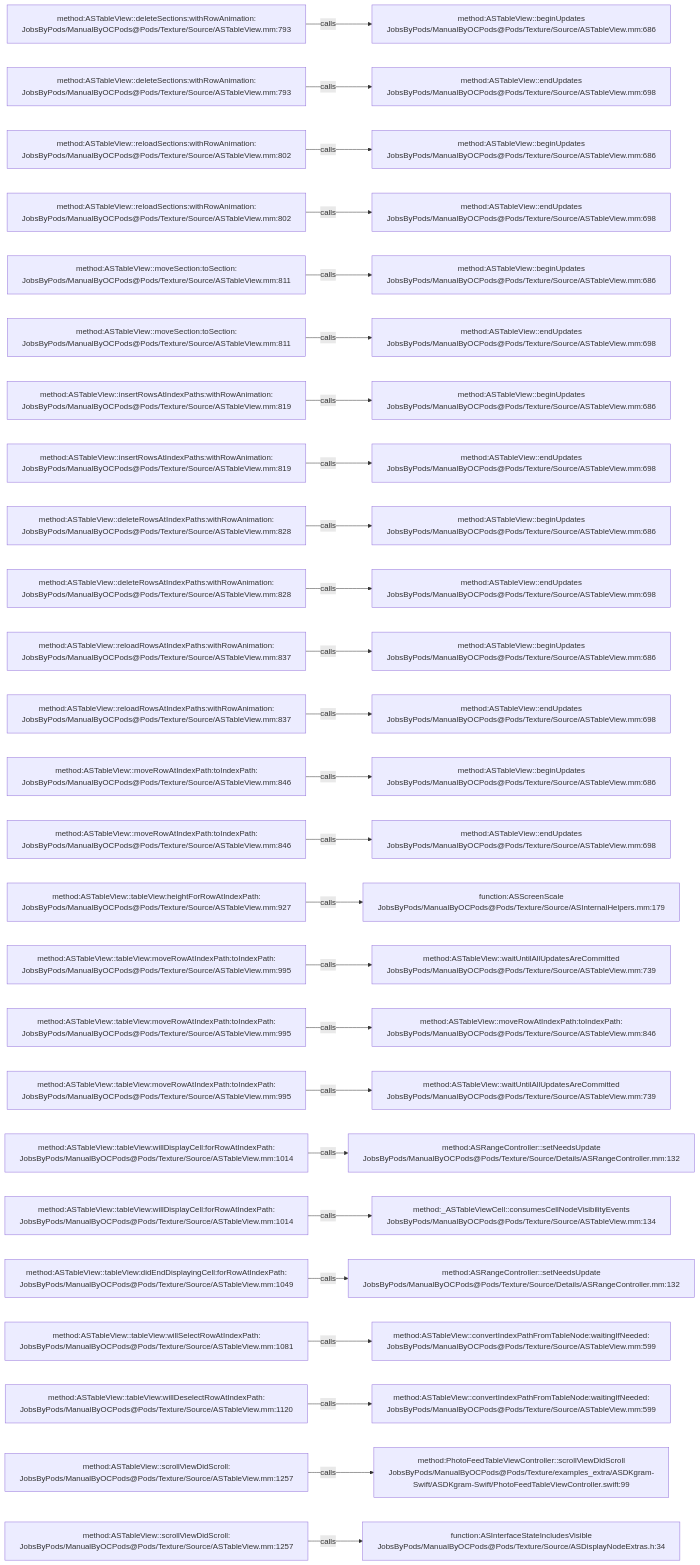
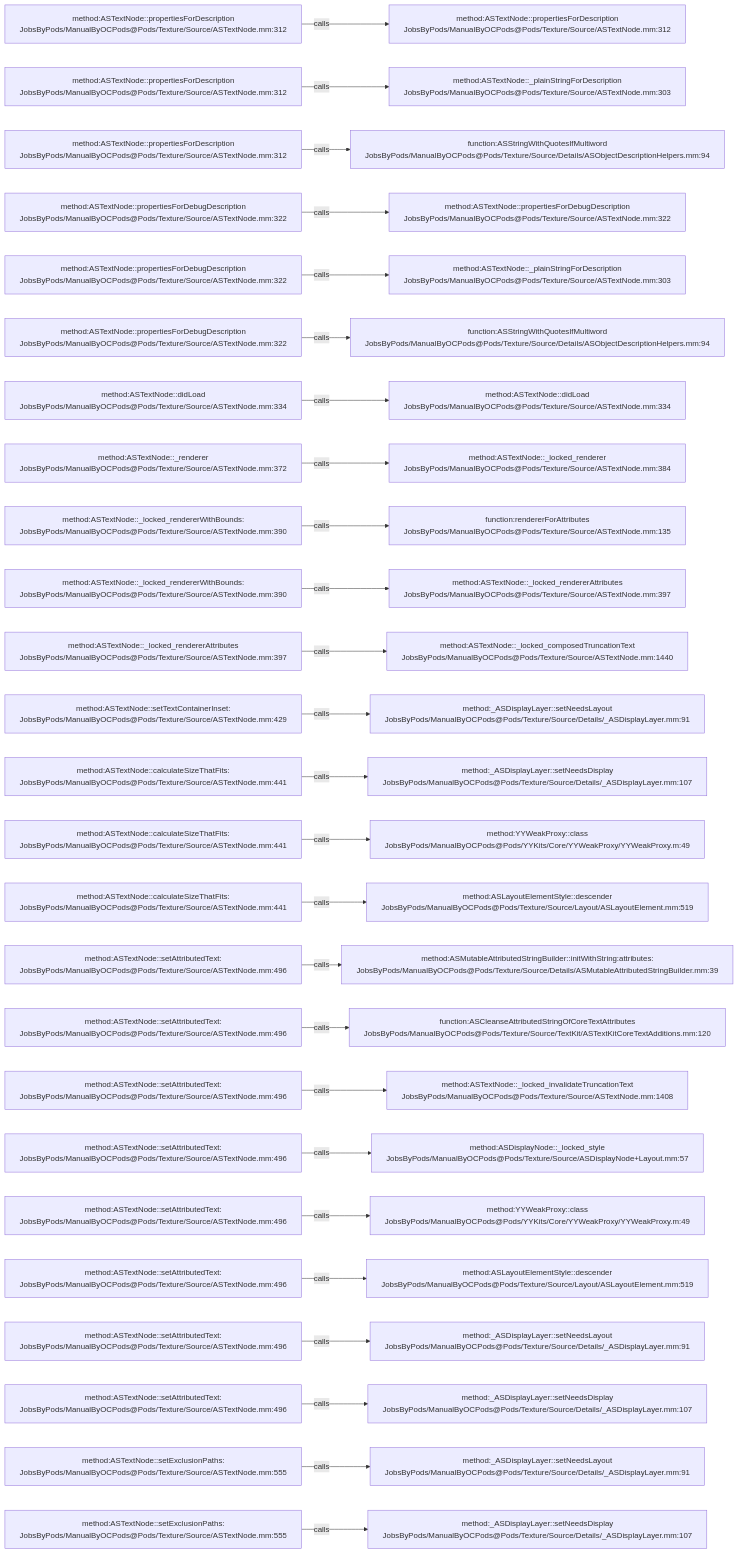
One commit to JobsKits/JobsOCBaseConfigDemo changed the diagram in .codegraph/codegraph.md/graphs/calls-136.md. Above: the diagram before and after it, drawn with Mermaid. The commit also changed 1223 other files, not shown here.

````diff
--- a/.codegraph/codegraph.md/graphs/calls-136.md
+++ b/.codegraph/codegraph.md/graphs/calls-136.md
@@ -13,78 +13,78 @@
 ```mermaid
 flowchart LR
-  S1["method:ASTableView::deleteSections:withRowAnimation:<br/>JobsByPods/ManualByOCPods@Pods/Texture/Source/ASTableView.mm:793"]
-  T1["method:ASTableView::beginUpdates<br/>JobsByPods/ManualByOCPods@Pods/Texture/Source/ASTableView.mm:686"]
+  S1["method:ASTextNode::propertiesForDescription<br/>JobsByPods/ManualByOCPods@Pods/Texture/Source/ASTextNode.mm:312"]
+  T1["method:ASTextNode::propertiesForDescription<br/>JobsByPods/ManualByOCPods@Pods/Texture/Source/ASTextNode.mm:312"]
   S1 -->|calls| T1
-  S2["method:ASTableView::deleteSections:withRowAnimation:<br/>JobsByPods/ManualByOCPods@Pods/Texture/Source/ASTableView.mm:793"]
-  T2["method:ASTableView::endUpdates<br/>JobsByPods/ManualByOCPods@Pods/Texture/Source/ASTableView.mm:698"]
+  S2["method:ASTextNode::propertiesForDescription<br/>JobsByPods/ManualByOCPods@Pods/Texture/Source/ASTextNode.mm:312"]
+  T2["method:ASTextNode::_plainStringForDescription<br/>JobsByPods/ManualByOCPods@Pods/Texture/Source/ASTextNode.mm:303"]
   S2 -->|calls| T2
-  S3["method:ASTableView::reloadSections:withRowAnimation:<br/>JobsByPods/ManualByOCPods@Pods/Texture/Source/ASTableView.mm:802"]
-  T3["method:ASTableView::beginUpdates<br/>JobsByPods/ManualByOCPods@Pods/Texture/Source/ASTableView.mm:686"]
+  S3["method:ASTextNode::propertiesForDescription<br/>JobsByPods/ManualByOCPods@Pods/Texture/Source/ASTextNode.mm:312"]
+  T3["function:ASStringWithQuotesIfMultiword<br/>JobsByPods/ManualByOCPods@Pods/Texture/Source/Details/ASObjectDescriptionHelpers.mm:94"]
   S3 -->|calls| T3
-  S4["method:ASTableView::reloadSections:withRowAnimation:<br/>JobsByPods/ManualByOCPods@Pods/Texture/Source/ASTableView.mm:802"]
-  T4["method:ASTableView::endUpdates<br/>JobsByPods/ManualByOCPods@Pods/Texture/Source/ASTableView.mm:698"]
+  S4["method:ASTextNode::propertiesForDebugDescription<br/>JobsByPods/ManualByOCPods@Pods/Texture/Source/ASTextNode.mm:322"]
+  T4["method:ASTextNode::propertiesForDebugDescription<br/>JobsByPods/ManualByOCPods@Pods/Texture/Source/ASTextNode.mm:322"]
   S4 -->|calls| T4
-  S5["method:ASTableView::moveSection:toSection:<br/>JobsByPods/ManualByOCPods@Pods/Texture/Source/ASTableView.mm:811"]
-  T5["method:ASTableView::beginUpdates<br/>JobsByPods/ManualByOCPods@Pods/Texture/Source/ASTableView.mm:686"]
+  S5["method:ASTextNode::propertiesForDebugDescription<br/>JobsByPods/ManualByOCPods@Pods/Texture/Source/ASTextNode.mm:322"]
+  T5["method:ASTextNode::_plainStringForDescription<br/>JobsByPods/ManualByOCPods@Pods/Texture/Source/ASTextNode.mm:303"]
   S5 -->|calls| T5
-  S6["method:ASTableView::moveSection:toSection:<br/>JobsByPods/ManualByOCPods@Pods/Texture/Source/ASTableView.mm:811"]
-  T6["method:ASTableView::endUpdates<br/>JobsByPods/ManualByOCPods@Pods/Texture/Source/ASTableView.mm:698"]
+  S6["method:ASTextNode::propertiesForDebugDescription<br/>JobsByPods/ManualByOCPods@Pods/Texture/Source/ASTextNode.mm:322"]
+  T6["function:ASStringWithQuotesIfMultiword<br/>JobsByPods/ManualByOCPods@Pods/Texture/Source/Details/ASObjectDescriptionHelpers.mm:94"]
   S6 -->|calls| T6
-  S7["method:ASTableView::insertRowsAtIndexPaths:withRowAnimation:<br/>JobsByPods/ManualByOCPods@Pods/Texture/Source/ASTableView.mm:819"]
-  T7["method:ASTableView::beginUpdates<br/>JobsByPods/ManualByOCPods@Pods/Texture/Source/ASTableView.mm:686"]
+  S7["method:ASTextNode::didLoad<br/>JobsByPods/ManualByOCPods@Pods/Texture/Source/ASTextNode.mm:334"]
+  T7["method:ASTextNode::didLoad<br/>JobsByPods/ManualByOCPods@Pods/Texture/Source/ASTextNode.mm:334"]
   S7 -->|calls| T7
-  S8["method:ASTableView::insertRowsAtIndexPaths:withRowAnimation:<br/>JobsByPods/ManualByOCPods@Pods/Texture/Source/ASTableView.mm:819"]
-  T8["method:ASTableView::endUpdates<br/>JobsByPods/ManualByOCPods@Pods/Texture/Source/ASTableView.mm:698"]
+  S8["method:ASTextNode::_renderer<br/>JobsByPods/ManualByOCPods@Pods/Texture/Source/ASTextNode.mm:372"]
+  T8["method:ASTextNode::_locked_renderer<br/>JobsByPods/ManualByOCPods@Pods/Texture/Source/ASTextNode.mm:384"]
   S8 -->|calls| T8
-  S9["method:ASTableView::deleteRowsAtIndexPaths:withRowAnimation:<br/>JobsByPods/ManualByOCPods@Pods/Texture/Source/ASTableView.mm:828"]
-  T9["method:ASTableView::beginUpdates<br/>JobsByPods/ManualByOCPods@Pods/Texture/Source/ASTableView.mm:686"]
+  S9["method:ASTextNode::_locked_rendererWithBounds:<br/>JobsByPods/ManualByOCPods@Pods/Texture/Source/ASTextNode.mm:390"]
+  T9["function:rendererForAttributes<br/>JobsByPods/ManualByOCPods@Pods/Texture/Source/ASTextNode.mm:135"]
   S9 -->|calls| T9
-  S10["method:ASTableView::deleteRowsAtIndexPaths:withRowAnimation:<br/>JobsByPods/ManualByOCPods@Pods/Texture/Source/ASTableView.mm:828"]
-  T10["method:ASTableView::endUpdates<br/>JobsByPods/ManualByOCPods@Pods/Texture/Source/ASTableView.mm:698"]
+  S10["method:ASTextNode::_locked_rendererWithBounds:<br/>JobsByPods/ManualByOCPods@Pods/Texture/Source/ASTextNode.mm:390"]
+  T10["method:ASTextNode::_locked_rendererAttributes<br/>JobsByPods/ManualByOCPods@Pods/Texture/Source/ASTextNode.mm:397"]
   S10 -->|calls| T10
-  S11["method:ASTableView::reloadRowsAtIndexPaths:withRowAnimation:<br/>JobsByPods/ManualByOCPods@Pods/Texture/Source/ASTableView.mm:837"]
-  T11["method:ASTableView::beginUpdates<br/>JobsByPods/ManualByOCPods@Pods/Texture/Source/ASTableView.mm:686"]
+  S11["method:ASTextNode::_locked_rendererAttributes<br/>JobsByPods/ManualByOCPods@Pods/Texture/Source/ASTextNode.mm:397"]
+  T11["method:ASTextNode::_locked_composedTruncationText<br/>JobsByPods/ManualByOCPods@Pods/Texture/Source/ASTextNode.mm:1440"]
   S11 -->|calls| T11
-  S12["method:ASTableView::reloadRowsAtIndexPaths:withRowAnimation:<br/>JobsByPods/ManualByOCPods@Pods/Texture/Source/ASTableView.mm:837"]
-  T12["method:ASTableView::endUpdates<br/>JobsByPods/ManualByOCPods@Pods/Texture/Source/ASTableView.mm:698"]
+  S12["method:ASTextNode::setTextContainerInset:<br/>JobsByPods/ManualByOCPods@Pods/Texture/Source/ASTextNode.mm:429"]
+  T12["method:_ASDisplayLayer::setNeedsLayout<br/>JobsByPods/ManualByOCPods@Pods/Texture/Source/Details/_ASDisplayLayer.mm:91"]
   S12 -->|calls| T12
-  S13["method:ASTableView::moveRowAtIndexPath:toIndexPath:<br/>JobsByPods/ManualByOCPods@Pods/Texture/Source/ASTableView.mm:846"]
-  T13["method:ASTableView::beginUpdates<br/>JobsByPods/ManualByOCPods@Pods/Texture/Source/ASTableView.mm:686"]
+  S13["method:ASTextNode::calculateSizeThatFits:<br/>JobsByPods/ManualByOCPods@Pods/Texture/Source/ASTextNode.mm:441"]
+  T13["method:_ASDisplayLayer::setNeedsDisplay<br/>JobsByPods/ManualByOCPods@Pods/Texture/Source/Details/_ASDisplayLayer.mm:107"]
   S13 -->|calls| T13
-  S14["method:ASTableView::moveRowAtIndexPath:toIndexPath:<br/>JobsByPods/ManualByOCPods@Pods/Texture/Source/ASTableView.mm:846"]
-  T14["method:ASTableView::endUpdates<br/>JobsByPods/ManualByOCPods@Pods/Texture/Source/ASTableView.mm:698"]
+  S14["method:ASTextNode::calculateSizeThatFits:<br/>JobsByPods/ManualByOCPods@Pods/Texture/Source/ASTextNode.mm:441"]
+  T14["method:YYWeakProxy::class<br/>JobsByPods/ManualByOCPods@Pods/YYKits/Core/YYWeakProxy/YYWeakProxy.m:49"]
   S14 -->|calls| T14
-  S15["method:ASTableView::tableView:heightForRowAtIndexPath:<br/>JobsByPods/ManualByOCPods@Pods/Texture/Source/ASTableView.mm:927"]
-  T15["function:ASScreenScale<br/>JobsByPods/ManualByOCPods@Pods/Texture/Source/ASInternalHelpers.mm:179"]
+  S15["method:ASTextNode::calculateSizeThatFits:<br/>JobsByPods/ManualByOCPods@Pods/Texture/Source/ASTextNode.mm:441"]
+  T15["method:ASLayoutElementStyle::descender<br/>JobsByPods/ManualByOCPods@Pods/Texture/Source/Layout/ASLayoutElement.mm:519"]
   S15 -->|calls| T15
-  S16["method:ASTableView::tableView:moveRowAtIndexPath:toIndexPath:<br/>JobsByPods/ManualByOCPods@Pods/Texture/Source/ASTableView.mm:995"]
-  T16["method:ASTableView::waitUntilAllUpdatesAreCommitted<br/>JobsByPods/ManualByOCPods@Pods/Texture/Source/ASTableView.mm:739"]
+  S16["method:ASTextNode::setAttributedText:<br/>JobsByPods/ManualByOCPods@Pods/Texture/Source/ASTextNode.mm:496"]
+  T16["method:ASMutableAttributedStringBuilder::initWithString:attributes:<br/>JobsByPods/ManualByOCPods@Pods/Texture/Source/Details/ASMutableAttributedStringBuilder.mm:39"]
   S16 -->|calls| T16
-  S17["method:ASTableView::tableView:moveRowAtIndexPath:toIndexPath:<br/>JobsByPods/ManualByOCPods@Pods/Texture/Source/ASTableView.mm:995"]
-  T17["method:ASTableView::moveRowAtIndexPath:toIndexPath:<br/>JobsByPods/ManualByOCPods@Pods/Texture/Source/ASTableView.mm:846"]
+  S17["method:ASTextNode::setAttributedText:<br/>JobsByPods/ManualByOCPods@Pods/Texture/Source/ASTextNode.mm:496"]
+  T17["function:ASCleanseAttributedStringOfCoreTextAttributes<br/>JobsByPods/ManualByOCPods@Pods/Texture/Source/TextKit/ASTextKitCoreTextAdditions.mm:120"]
   S17 -->|calls| T17
-  S18["method:ASTableView::tableView:moveRowAtIndexPath:toIndexPath:<br/>JobsByPods/ManualByOCPods@Pods/Texture/Source/ASTableView.mm:995"]
-  T18["method:ASTableView::waitUntilAllUpdatesAreCommitted<br/>JobsByPods/ManualByOCPods@Pods/Texture/Source/ASTableView.mm:739"]
+  S18["method:ASTextNode::setAttributedText:<br/>JobsByPods/ManualByOCPods@Pods/Texture/Source/ASTextNode.mm:496"]
+  T18["method:ASTextNode::_locked_invalidateTruncationText<br/>JobsByPods/ManualByOCPods@Pods/Texture/Source/ASTextNode.mm:1408"]
   S18 -->|calls| T18
-  S19["method:ASTableView::tableView:willDisplayCell:forRowAtIndexPath:<br/>JobsByPods/ManualByOCPods@Pods/Texture/Source/ASTableView.mm:1014"]
-  T19["method:ASRangeController::setNeedsUpdate<br/>JobsByPods/ManualByOCPods@Pods/Texture/Source/Details/ASRangeController.mm:132"]
+  S19["method:ASTextNode::setAttributedText:<br/>JobsByPods/ManualByOCPods@Pods/Texture/Source/ASTextNode.mm:496"]
+  T19["method:ASDisplayNode::_locked_style<br/>JobsByPods/ManualByOCPods@Pods/Texture/Source/ASDisplayNode+Layout.mm:57"]
   S19 -->|calls| T19
-  S20["method:ASTableView::tableView:willDisplayCell:forRowAtIndexPath:<br/>JobsByPods/ManualByOCPods@Pods/Texture/Source/ASTableView.mm:1014"]
-  T20["method:_ASTableViewCell::consumesCellNodeVisibilityEvents<br/>JobsByPods/ManualByOCPods@Pods/Texture/Source/ASTableView.mm:134"]
+  S20["method:ASTextNode::setAttributedText:<br/>JobsByPods/ManualByOCPods@Pods/Texture/Source/ASTextNode.mm:496"]
+  T20["method:YYWeakProxy::class<br/>JobsByPods/ManualByOCPods@Pods/YYKits/Core/YYWeakProxy/YYWeakProxy.m:49"]
   S20 -->|calls| T20
-  S21["method:ASTableView::tableView:didEndDisplayingCell:forRowAtIndexPath:<br/>JobsByPods/ManualByOCPods@Pods/Texture/Source/ASTableView.mm:1049"]
-  T21["method:ASRangeController::setNeedsUpdate<br/>JobsByPods/ManualByOCPods@Pods/Texture/Source/Details/ASRangeController.mm:132"]
+  S21["method:ASTextNode::setAttributedText:<br/>JobsByPods/ManualByOCPods@Pods/Texture/Source/ASTextNode.mm:496"]
+  T21["method:ASLayoutElementStyle::descender<br/>JobsByPods/ManualByOCPods@Pods/Texture/Source/Layout/ASLayoutElement.mm:519"]
   S21 -->|calls| T21
-  S22["method:ASTableView::tableView:willSelectRowAtIndexPath:<br/>JobsByPods/ManualByOCPods@Pods/Texture/Source/ASTableView.mm:1081"]
-  T22["method:ASTableView::convertIndexPathFromTableNode:waitingIfNeeded:<br/>JobsByPods/ManualByOCPods@Pods/Texture/Source/ASTableView.mm:599"]
+  S22["method:ASTextNode::setAttributedText:<br/>JobsByPods/ManualByOCPods@Pods/Texture/Source/ASTextNode.mm:496"]
+  T22["method:_ASDisplayLayer::setNeedsLayout<br/>JobsByPods/ManualByOCPods@Pods/Texture/Source/Details/_ASDisplayLayer.mm:91"]
   S22 -->|calls| T22
-  S23["method:ASTableView::tableView:willDeselectRowAtIndexPath:<br/>JobsByPods/ManualByOCPods@Pods/Texture/Source/ASTableView.mm:1120"]
-  T23["method:ASTableView::convertIndexPathFromTableNode:waitingIfNeeded:<br/>JobsByPods/ManualByOCPods@Pods/Texture/Source/ASTableView.mm:599"]
+  S23["method:ASTextNode::setAttributedText:<br/>JobsByPods/ManualByOCPods@Pods/Texture/Source/ASTextNode.mm:496"]
+  T23["method:_ASDisplayLayer::setNeedsDisplay<br/>JobsByPods/ManualByOCPods@Pods/Texture/Source/Details/_ASDisplayLayer.mm:107"]
   S23 -->|calls| T23
-  S24["method:ASTableView::scrollViewDidScroll:<br/>JobsByPods/ManualByOCPods@Pods/Texture/Source/ASTableView.mm:1257"]
-  T24["method:PhotoFeedTableViewController::scrollViewDidScroll<br/>JobsByPods/ManualByOCPods@Pods/Texture/examples_extra/ASDKgram-Swift/ASDKgram-Swift/PhotoFeedTableViewController.swift:99"]
+  S24["method:ASTextNode::setExclusionPaths:<br/>JobsByPods/ManualByOCPods@Pods/Texture/Source/ASTextNode.mm:555"]
+  T24["method:_ASDisplayLayer::setNeedsLayout<br/>JobsByPods/ManualByOCPods@Pods/Texture/Source/Details/_ASDisplayLayer.mm:91"]
   S24 -->|calls| T24
-  S25["method:ASTableView::scrollViewDidScroll:<br/>JobsByPods/ManualByOCPods@Pods/Texture/Source/ASTableView.mm:1257"]
-  T25["function:ASInterfaceStateIncludesVisible<br/>JobsByPods/ManualByOCPods@Pods/Texture/Source/ASDisplayNodeExtras.h:34"]
+  S25["method:ASTextNode::setExclusionPaths:<br/>JobsByPods/ManualByOCPods@Pods/Texture/Source/ASTextNode.mm:555"]
+  T25["method:_ASDisplayLayer::setNeedsDisplay<br/>JobsByPods/ManualByOCPods@Pods/Texture/Source/Details/_ASDisplayLayer.mm:107"]
   S25 -->|calls| T25
 ```
````
